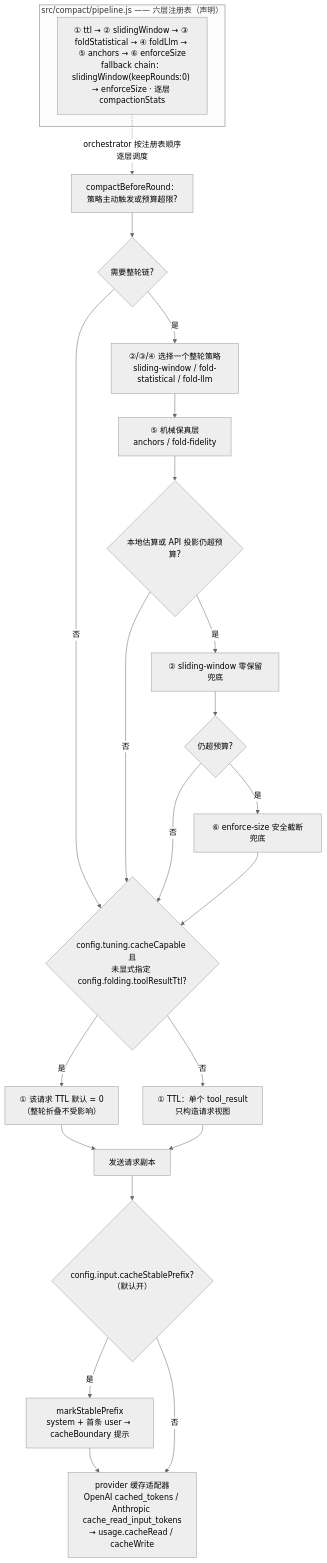
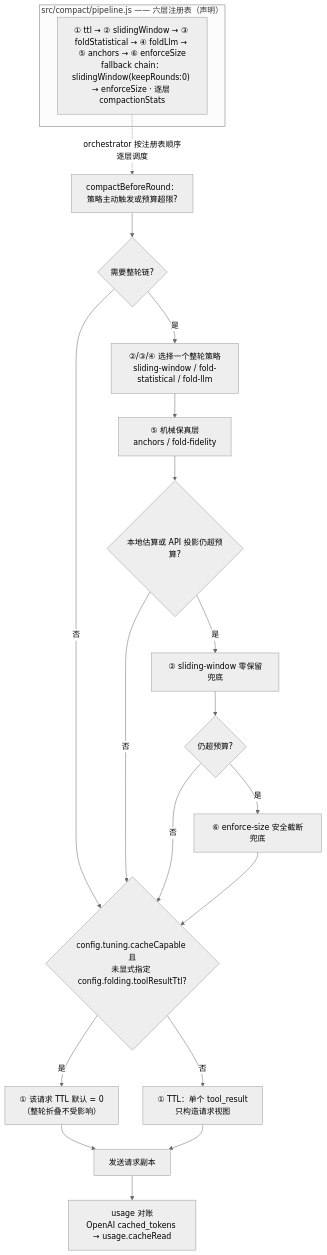
One commit to ErixWong/erix-agent changed the fourth of 5 diagrams in docs/charts_cn.md. Above: the diagram before and after it, drawn with Mermaid (neutral theme). The commit also changed other lines of this file and 14 other files, not shown here.

````diff
--- a/docs/charts_cn.md
+++ b/docs/charts_cn.md
@@ -263,26 +262,23 @@
 ```mermaid
 flowchart TD
     subgraph reg["src/compact/pipeline.js —— 六层注册表（声明）"]
         REG["① ttl → ② slidingWindow → ③ foldStatistical → ④ foldLlm → ⑤ anchors → ⑥ enforceSize<br/>fallback chain：slidingWindow(keepRounds:0) → enforceSize · 逐层 compactionStats"]
     end
     REG -. "orchestrator 按注册表顺序逐层调度" .-> A
     A["compactBeforeRound：<br/>策略主动触发或预算超限?"] --> B{"需要整轮链?"}
     B -- 否 --> CC{"config.tuning.cacheCapable 且<br/>未显式指定 config.folding.toolResultTtl?"}
     B -- 是 --> C["②/③/④ 选择一个整轮策略<br/>sliding-window / fold-statistical / fold-llm"]
     C --> D["⑤ 机械保真层<br/>anchors / fold-fidelity"]
     D --> F{"本地估算或 API 投影仍超预算?"}
     F -- 否 --> CC
     F -- 是 --> G["② sliding-window 零保留兜底"]
     G --> H{"仍超预算?"}
     H -- 否 --> CC
     H -- 是 --> I["⑥ enforce-size 安全截断兜底"]
     I --> CC
     CC -- 是 --> T0["① 该请求 TTL 默认 = 0<br/>（整轮折叠不受影响）"]
     CC -- 否 --> J["① TTL：单个 tool_result<br/>只构造请求视图"]
     T0 --> Z["发送请求副本"]
     J --> Z
-    Z --> SP{"config.input.cacheStablePrefix?<br/>（默认开）"}
-    SP -- 是 --> SPM["markStablePrefix<br/>system + 首条 user → cacheBoundary 提示"]
-    SPM --> ADAPT["provider 缓存适配器<br/>OpenAI cached_tokens / Anthropic cache_read_input_tokens<br/>→ usage.cacheRead / cacheWrite"]
-    SP -- 否 --> ADAPT
+    Z --> ADAPT["usage 对账<br/>OpenAI cached_tokens → usage.cacheRead"]
 ```
````
